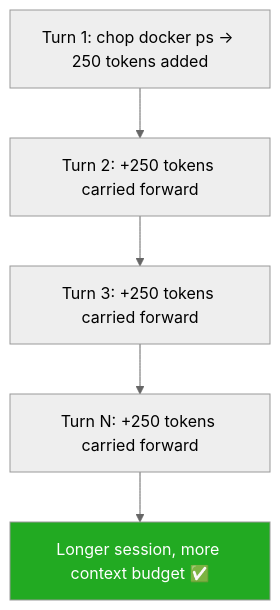
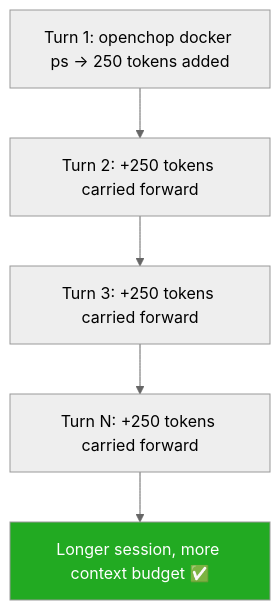
Before and after one commit to giankpetrov/chop: the third of 3 diagrams in README.md, drawn with Mermaid (neutral theme). The commit also changed other lines of this file and 41 other files, not shown here.

````diff
--- a/README.md
+++ b/README.md
@@ -57,12 +57,12 @@
 ```mermaid
 graph TD
-    T1C["Turn 1: chop docker ps → 250 tokens added"]
+    T1C["Turn 1: openchop docker ps → 250 tokens added"]
     T2C["Turn 2: +250 tokens carried forward"]
     T3C["Turn 3: +250 tokens carried forward"]
     TNC["Turn N: +250 tokens carried forward"]
     SESSION["Longer session, more context budget ✅"]
 
     T1C --> T2C --> T3C --> TNC --> SESSION
 
     style SESSION fill:#2a2,color:#fff
 ```
````
